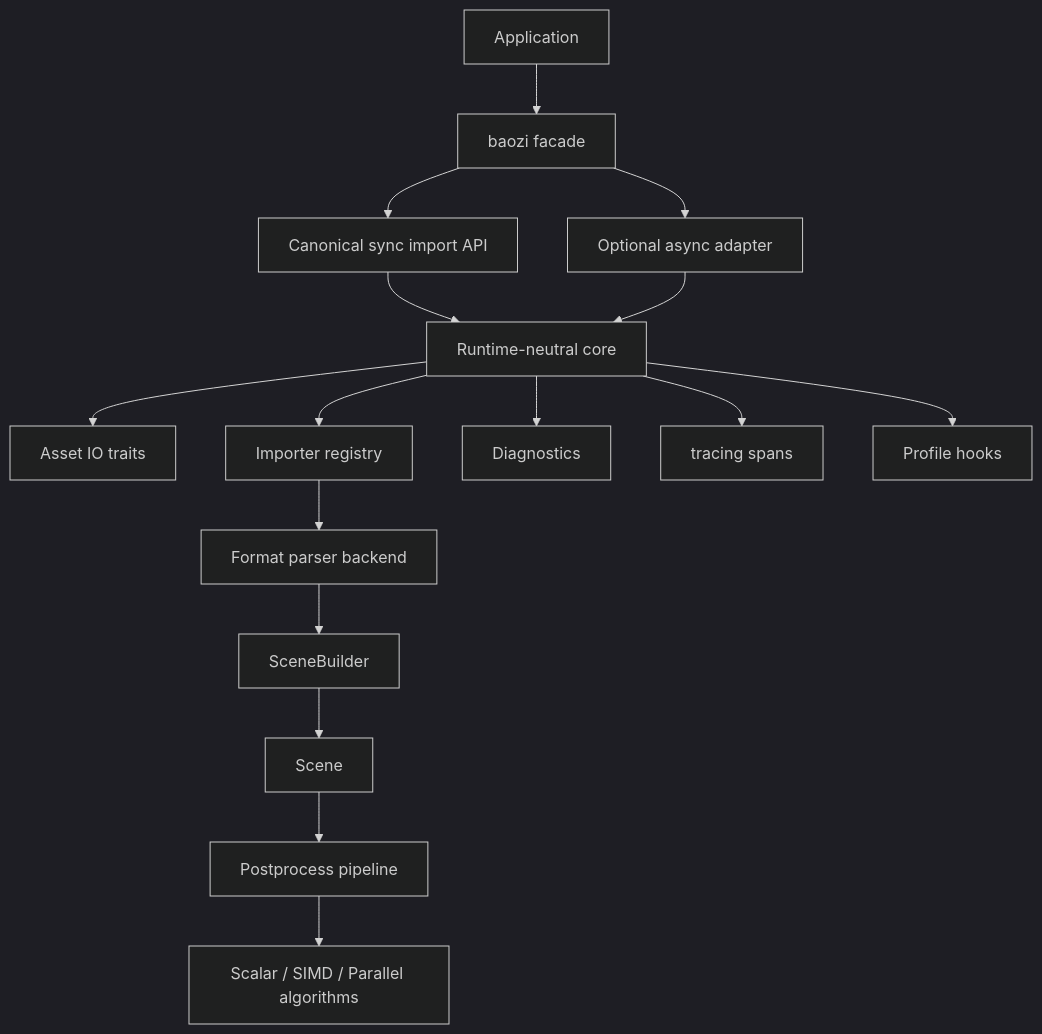
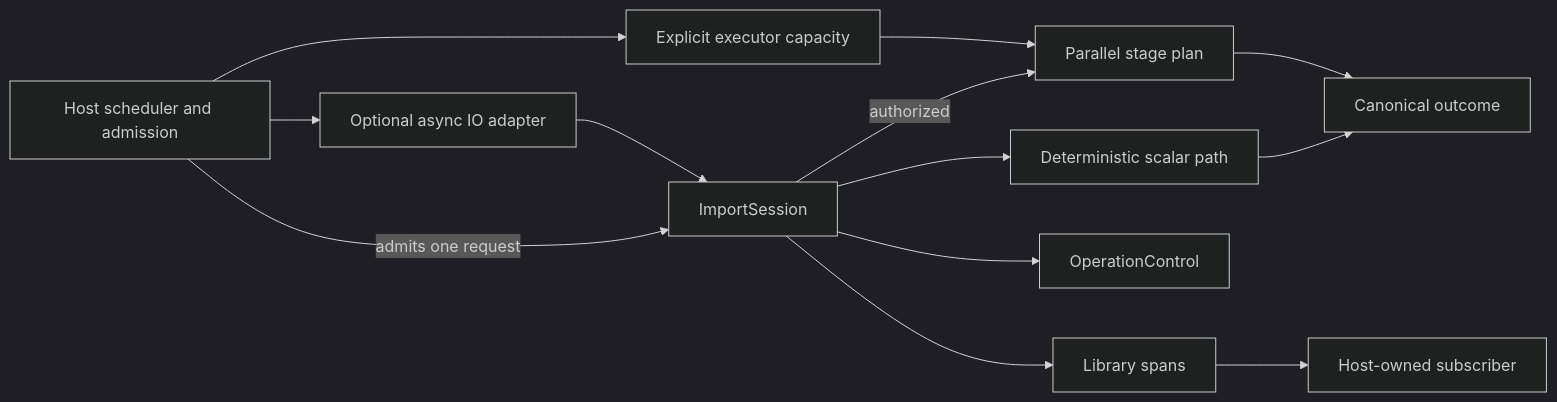
Before and after one commit to Latias94/baozi: the diagram in docs/adr/0002-runtime-concurrency-observability.md, drawn with Mermaid (dark theme). The commit also changed other lines of this file and 978 other files, not shown here.

````diff
--- a/docs/adr/0002-runtime-concurrency-observability.md
+++ b/docs/adr/0002-runtime-concurrency-observability.md
@@ -46,18 +94,15 @@
 ```mermaid
-flowchart TD
-    App[Application] --> Facade[baozi facade]
-    Facade --> Sync[Canonical sync import API]
-    Facade --> Async[Optional async adapter]
-    Sync --> Core[Runtime-neutral core]
-    Async --> Core
-    Core --> IO[Asset IO traits]
-    Core --> Import[Importer registry]
-    Import --> Parser[Format parser backend]
-    Parser --> Builder[SceneBuilder]
-    Builder --> Scene[Scene]
-    Scene --> PP[Postprocess pipeline]
-    PP --> Algorithms[Scalar / SIMD / Parallel algorithms]
-    Core --> Diag[Diagnostics]
-    Core --> Trace[tracing spans]
-    Core --> Profile[Profile hooks]
+flowchart LR
+    Host[Host scheduler and admission] -->|admits one request| Session[ImportSession]
+    Host --> Async[Optional async IO adapter]
+    Async --> Session
+    Host --> Executor[Explicit executor capacity]
+    Session --> Scalar[Deterministic scalar path]
+    Session -->|authorized| Parallel[Parallel stage plan]
+    Executor --> Parallel
+    Scalar --> Result[Canonical outcome]
+    Parallel --> Result
+    Session --> Control[OperationControl]
+    Session --> Trace[Library spans]
+    Trace --> Subscriber[Host-owned subscriber]
 ```
````
